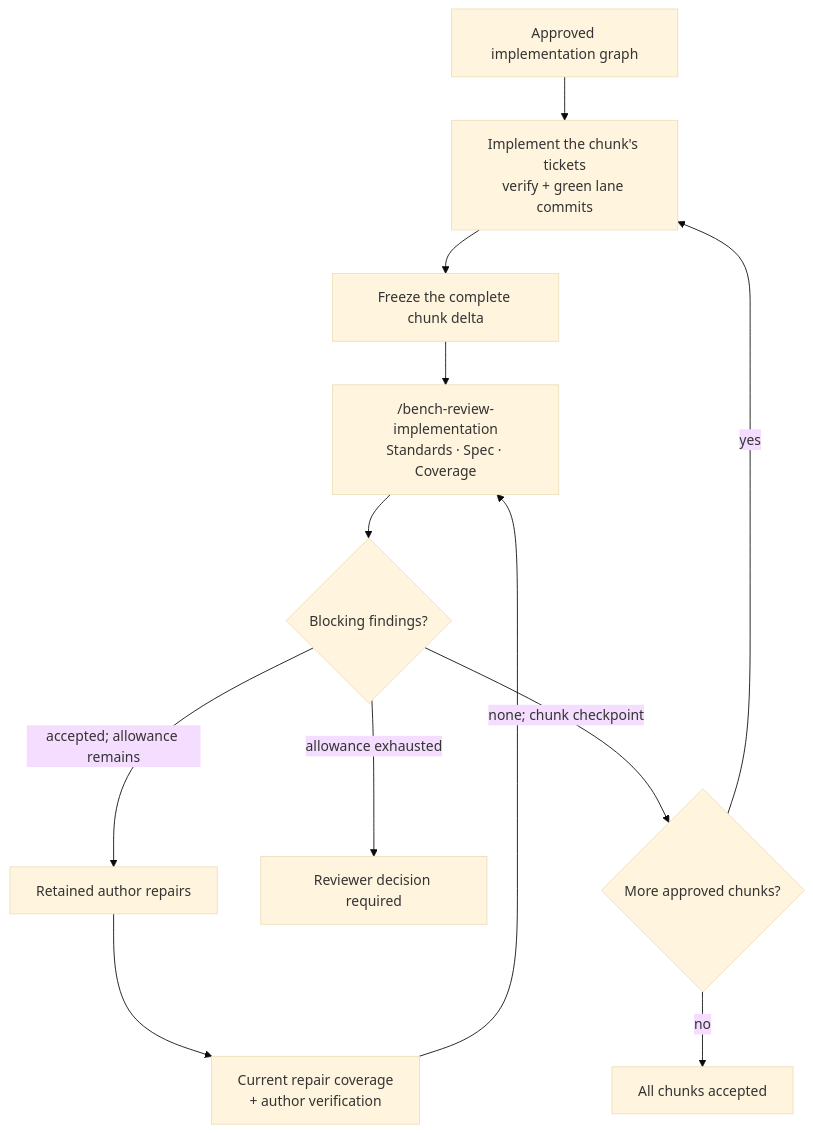
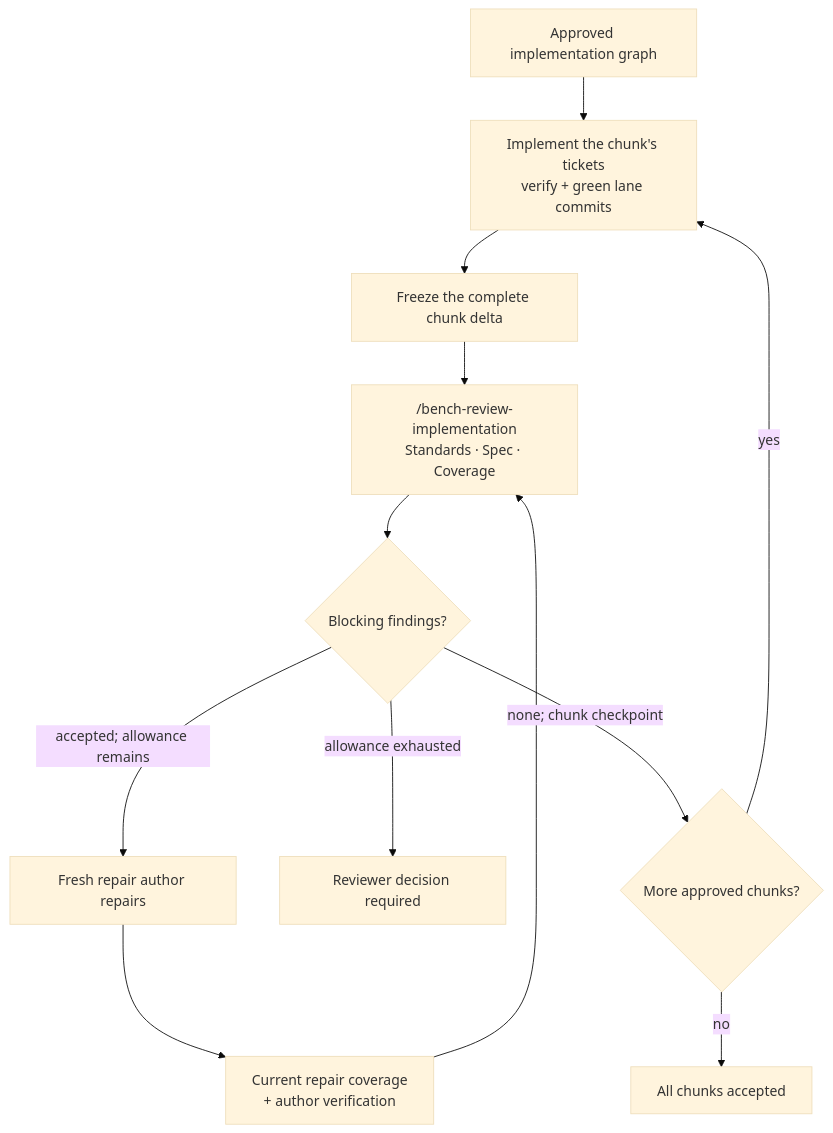
The second of 4 diagrams in README.md (gibbonmi/bench), drawn with Mermaid (base theme) before and after one commit. The commit also changed other lines of this file and 12 other files, not shown here.

````diff
--- a/README.md
+++ b/README.md
@@ -71,14 +71,14 @@
 ```mermaid
 flowchart TD
     approved["Approved implementation graph"] --> chunk["Implement the chunk's tickets<br/>verify + green lane commits"]
     chunk --> frozen["Freeze the complete chunk delta"]
     frozen --> review["/bench-review-implementation<br/>Standards · Spec · Coverage"]
     review --> blockers{"Blocking findings?"}
-    blockers -->|"accepted; allowance remains"| repair["Retained author repairs"]
+    blockers -->|"accepted; allowance remains"| repair["Fresh repair author repairs"]
     repair --> coverage["Current repair coverage<br/>+ author verification"]
     coverage --> review
     blockers -->|"allowance exhausted"| decision["Reviewer decision required"]
     blockers -->|"none; chunk checkpoint"| more{"More approved chunks?"}
     more -->|"yes"| chunk
     more -->|"no"| accepted["All chunks accepted"]
 ```
````
